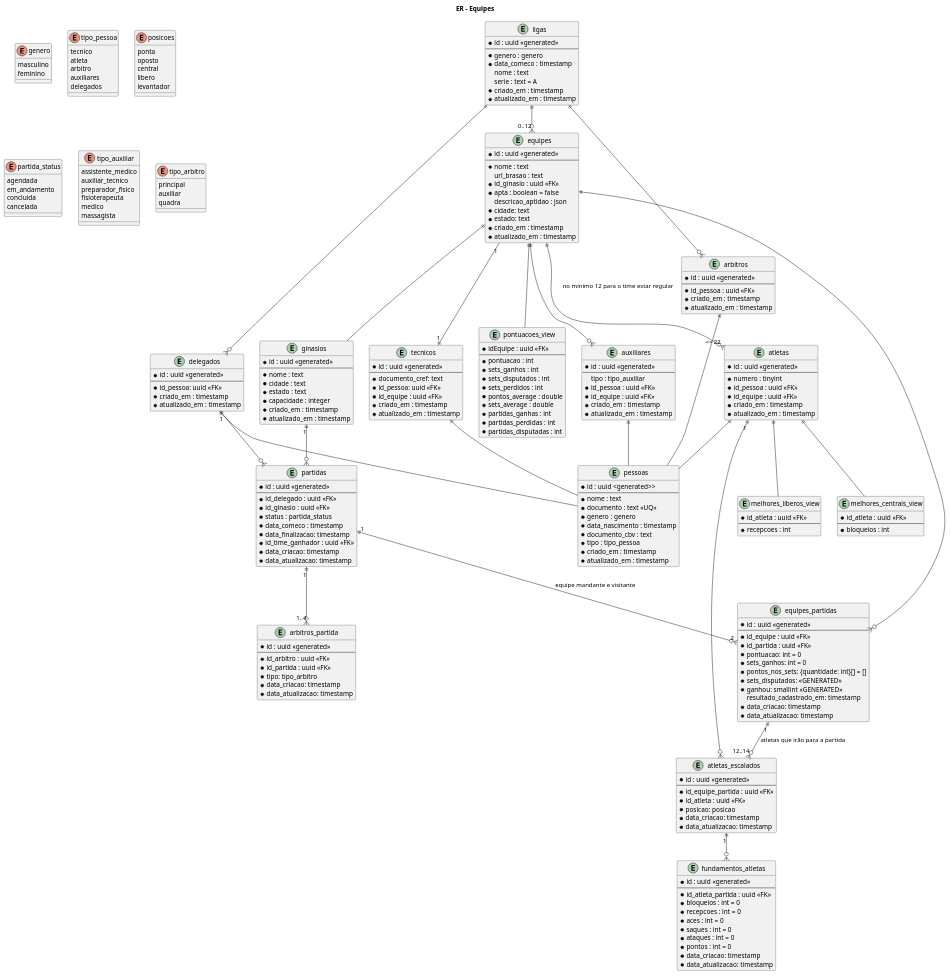
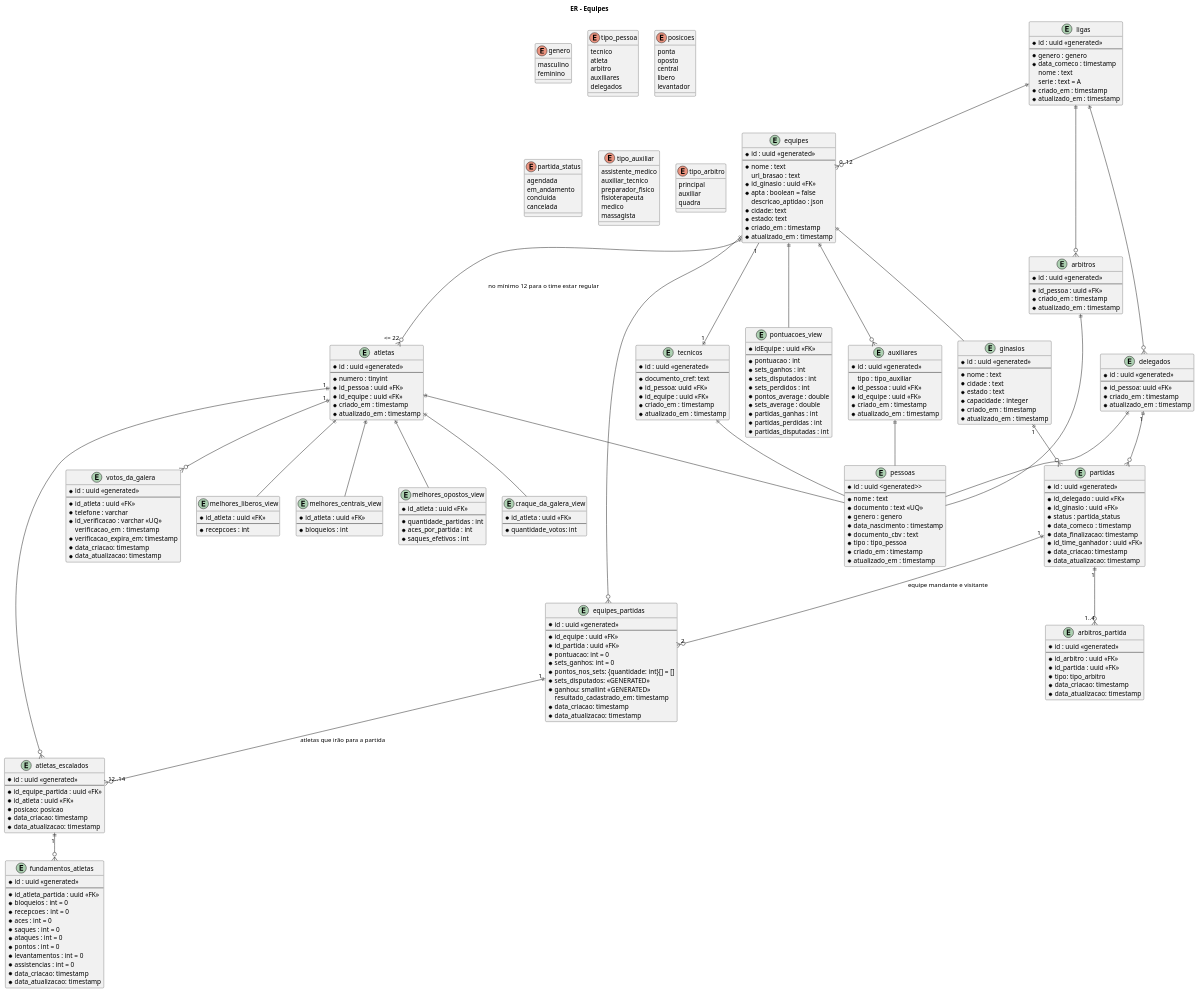
The diagram in documentation/volei.puml (josecleiton/volleyball-api), drawn with PlantUML before and after one commit. The commit also changed 16 other files, not shown here.

```diff
--- a/documentation/volei.puml
+++ b/documentation/volei.puml
@@ -199,6 +199,20 @@
 	* saques : int = 0
 	* ataques : int = 0
 	* pontos : int = 0
+	* levantamentos : int = 0
+	* assistencias : int = 0
+	* data_criacao: timestamp
+	* data_atualizacao: timestamp
+}
+
+entity votos_da_galera {
+	* id : uuid <<generated>>
+	--
+	* id_atleta : uuid <<FK>>
+	* telefone : varchar
+	* id_verificacao : varchar <<UQ>>
+	verificacao_em  : timestamp
+	* verificacao_expira_em: timestamp
 	* data_criacao: timestamp
 	* data_atualizacao: timestamp
 }
@@ -229,6 +243,20 @@
 	* bloqueios : int
 }
 
+entity melhores_opostos_view {
+	* id_atleta : uuid <<FK>>
+	--
+	* quantidade_partidas : int
+	* aces_por_partida : int
+	* saques_efetivos : int
+}
+
+entity craque_da_galera_view {
+	* id_atleta : uuid <<FK>>
+	--
+	* quantidade_votos: int
+}
+
 ligas ||--o{ "0..12" equipes
 ligas ||--o{ arbitros
 ligas ||--o{ delegados
@@ -246,9 +274,12 @@
 atletas "1" ||--o{ atletas_escalados
 atletas_escalados "1" ||--o{ fundamentos_atletas
 
+atletas "1" ||--o{ votos_da_galera
+
 atletas ||-- melhores_liberos_view
 atletas ||-- melhores_centrais_view
-
+atletas ||-- melhores_opostos_view
+atletas ||-- craque_da_galera_view
 
 atletas ||-- pessoas
 tecnicos ||-- pessoas
```
